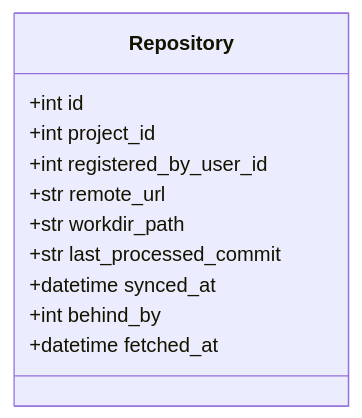
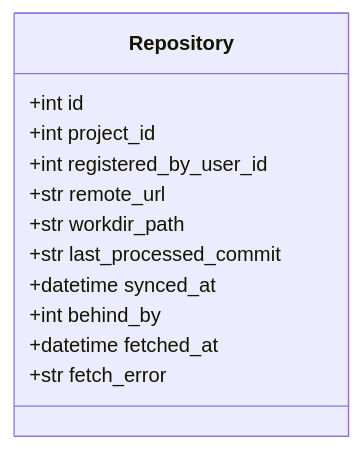
The second of 21 diagrams in docs/specs/06-DOM/SYNC-DOM-002.md (HoyoungParkme/syncdoc), drawn with Mermaid before and after one commit. The commit also changed other lines of this file and 11 other files, not shown here.

````diff
--- a/docs/specs/06-DOM/SYNC-DOM-002.md
+++ b/docs/specs/06-DOM/SYNC-DOM-002.md
@@ -149,14 +149,15 @@
 ```mermaid
 classDiagram
     class Repository {
         +int id
         +int project_id
         +int registered_by_user_id
         +str remote_url
         +str workdir_path
         +str last_processed_commit
         +datetime synced_at
         +int behind_by
         +datetime fetched_at
+        +str fetch_error
     }
 ```
````
